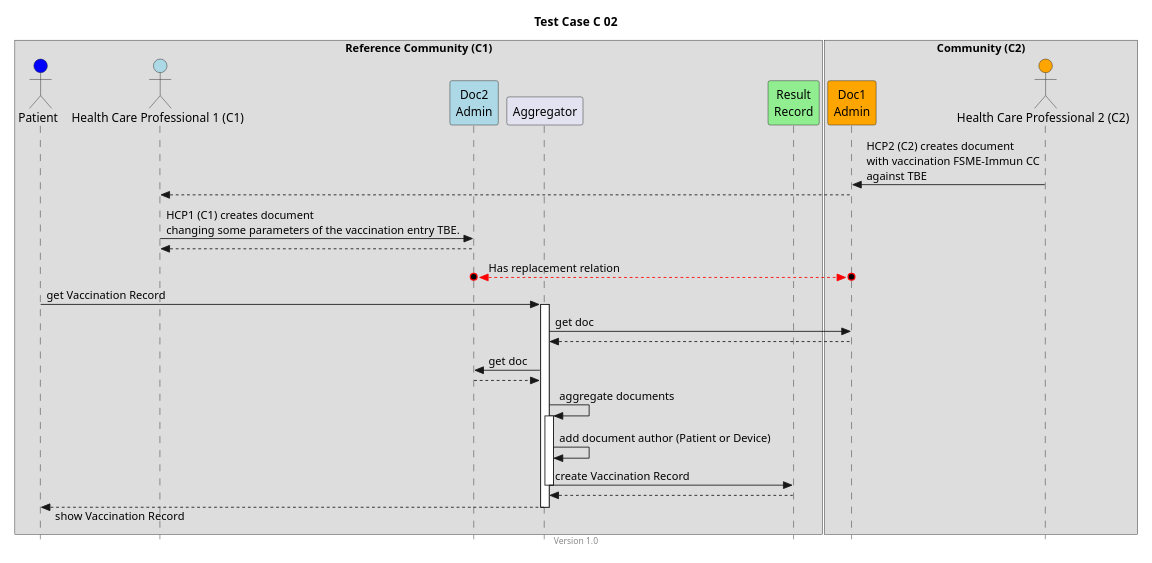
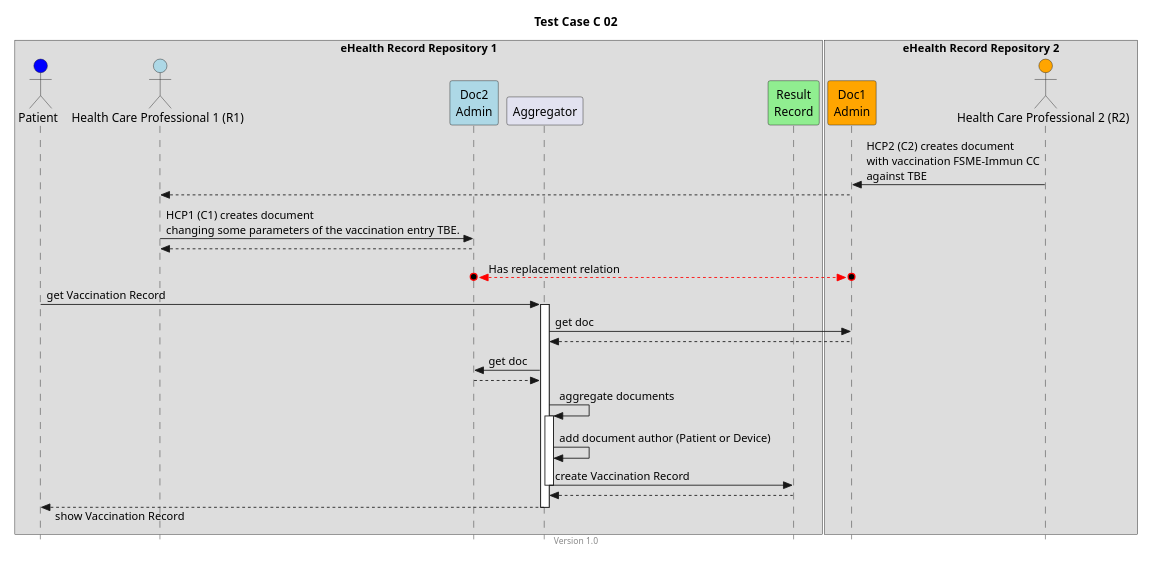
Before and after one commit to hl7ch/ch-vacd: the diagram in input/images-source/TCC02.plantuml, drawn with PlantUML. The commit also changed 26 other files, not shown here.

```diff
--- a/input/images-source/TCC02.plantuml
+++ b/input/images-source/TCC02.plantuml
@@ -1,50 +1,50 @@
 @startuml
 title Test Case C 02
 footer Version 1.0
 skinparam responseMessageBelowArrow true
 skinparam style strictuml
 scale max 800 width
 
 
-box "Reference Community (C1)"
+box "eHealth Record Repository 1"
 actor "Patient" as PAT #blue
-actor "Health Care Professional 1 (C1)" as HCP1_C1 #lightblue
+actor "Health Care Professional 1 (R1)" as HCP1_C1 #lightblue
 participant "Doc2\nAdmin" as Doc2 #lightblue
 participant Aggregator as AGG
 participant "Result\nRecord" as RES #lightgreen
 end box
 
-box "Community (C2)"
+box "eHealth Record Repository 2"
 participant "Doc1\nAdmin" as Doc1 #orange
-actor "Health Care Professional 2 (C2)" as HCP2_C2 #orange
+actor "Health Care Professional 2 (R2)" as HCP2_C2 #orange
 end box
 
 HCP2_C2 -> Doc1: HCP2 (C2) creates document\nwith vaccination FSME-Immun CC\nagainst TBE
 HCP1_C1 <-- Doc1
 
 HCP1_C1 -> Doc2: HCP1 (C1) creates document\nchanging some parameters of the vaccination entry TBE.
 HCP1_C1 <-- Doc2
 
 Doc2 o<-[#red]->o Doc1: Has replacement relation
 
 PAT -> AGG: get Vaccination Record
 activate AGG
 
 AGG -> Doc1: get doc
 AGG <-- Doc1
 
 AGG -> Doc2: get doc
 AGG <-- Doc2
  
 AGG -> AGG: aggregate documents 
 activate AGG
 AGG -> AGG: add document author (Patient or Device)
 AGG -> RES: create Vaccination Record
 deactivate AGG
 AGG <-- RES
 
 PAT <-- AGG: show Vaccination Record
 deactivate AGG
 
 
 @enduml
```
